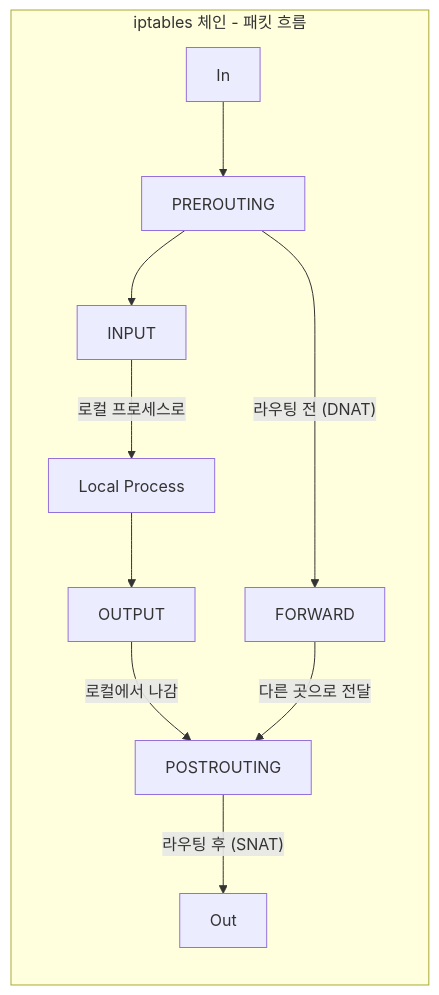
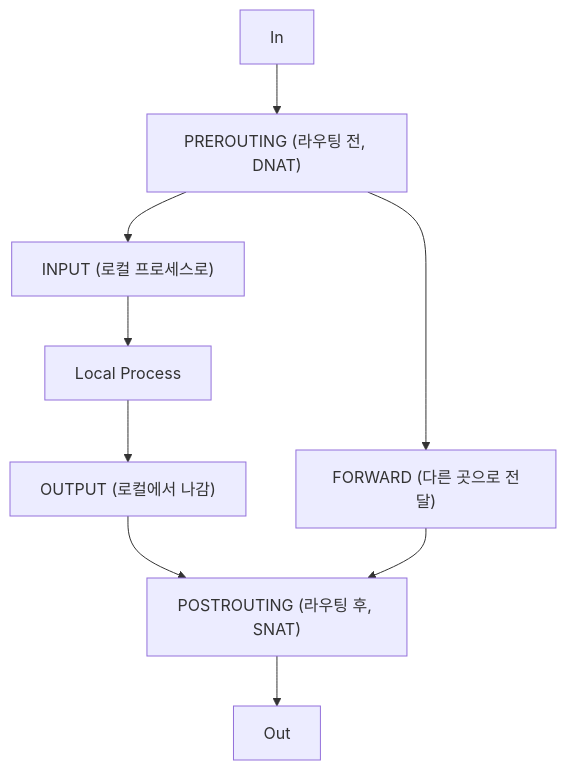
Diagram 14 of 22 in _posts/2026-01-18-kubernetes-network-fundamentals.md (K-Diger/k-diger.github.io), drawn with Mermaid before and after one commit. The commit also changed other lines of this file and 13 other files, not shown here.

````diff
--- a/_posts/2026-01-18-kubernetes-network-fundamentals.md
+++ b/_posts/2026-01-18-kubernetes-network-fundamentals.md
@@ -352,13 +328,20 @@
 ```mermaid
-flowchart LR
-    subgraph IPTables["iptables 체인 - 패킷 흐름"]
-        IN[In] --> PREROUTING
-        PREROUTING -->|"라우팅 전 (DNAT)"| FORWARD
-        PREROUTING --> INPUT
-        INPUT -->|"로컬 프로세스로"| LP[Local Process]
-        LP --> OUTPUT
-        OUTPUT -->|"로컬에서 나감"| POSTROUTING
-        FORWARD -->|"다른 곳으로 전달"| POSTROUTING
-        POSTROUTING -->|"라우팅 후 (SNAT)"| OUT[Out]
-    end
+flowchart TB
+    IN[In]
+    PREROUTING["PREROUTING (라우팅 전, DNAT)"]
+    INPUT["INPUT (로컬 프로세스로)"]
+    FORWARD["FORWARD (다른 곳으로 전달)"]
+    LP[Local Process]
+    OUTPUT["OUTPUT (로컬에서 나감)"]
+    POSTROUTING["POSTROUTING (라우팅 후, SNAT)"]
+    OUT[Out]
+
+    IN --> PREROUTING
+    PREROUTING --> INPUT
+    PREROUTING --> FORWARD
+    INPUT --> LP
+    LP --> OUTPUT
+    OUTPUT --> POSTROUTING
+    FORWARD --> POSTROUTING
+    POSTROUTING --> OUT
 ```
````
